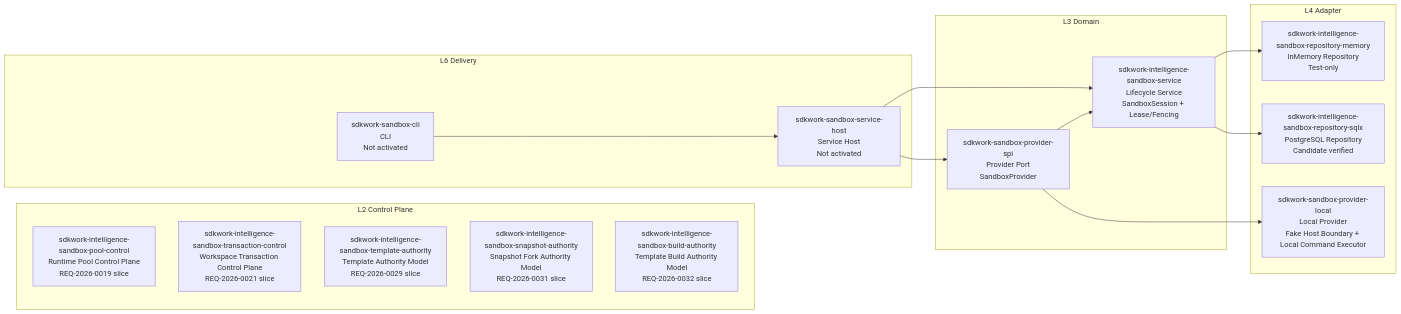
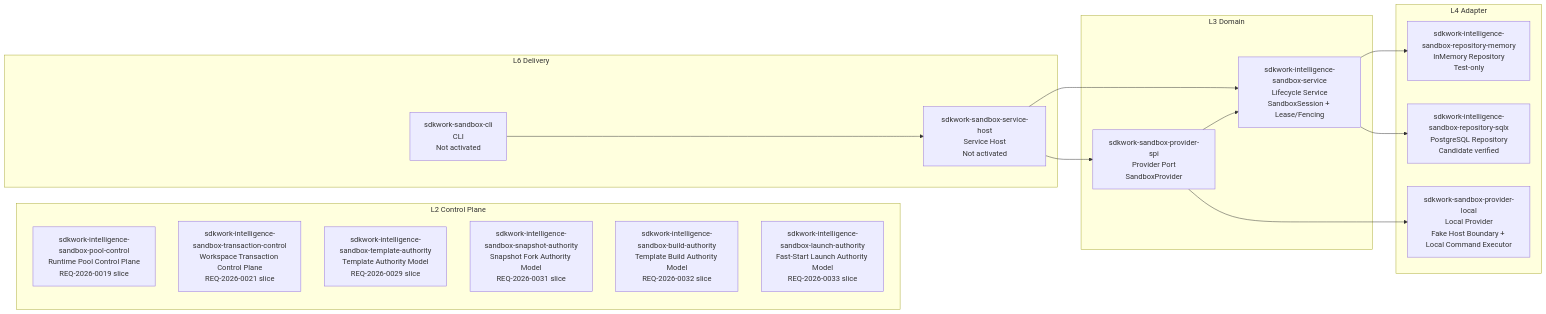
One commit to sdkwork-ai/sdkwork-sandbox changed the first of 2 diagrams in docs/architecture/views/gate-zero-current-state.md. Above: the diagram before and after it, drawn with Mermaid. The commit also changed other lines of this file and 27 other files, not shown here.

````diff
--- a/docs/architecture/views/gate-zero-current-state.md
+++ b/docs/architecture/views/gate-zero-current-state.md
@@ -15,34 +15,35 @@
 ```mermaid
 flowchart LR
     subgraph L2 Control Plane
         POOLCTL[sdkwork-intelligence-sandbox-pool-control<br/>Runtime Pool Control Plane<br/>REQ-2026-0019 slice]
         TXCTL[sdkwork-intelligence-sandbox-transaction-control<br/>Workspace Transaction Control Plane<br/>REQ-2026-0021 slice]
         TEMPL[sdkwork-intelligence-sandbox-template-authority<br/>Template Authority Model<br/>REQ-2026-0029 slice]
         SNAPAUTH[sdkwork-intelligence-sandbox-snapshot-authority<br/>Snapshot Fork Authority Model<br/>REQ-2026-0031 slice]
         BUILDAUTH[sdkwork-intelligence-sandbox-build-authority<br/>Template Build Authority Model<br/>REQ-2026-0032 slice]
+        LAUNCHAUTH[sdkwork-intelligence-sandbox-launch-authority<br/>Fast-Start Launch Authority Model<br/>REQ-2026-0033 slice]
     end
 
     subgraph L3 Domain
         SPI[sdkwork-sandbox-provider-spi<br/>Provider Port<br/>SandboxProvider]
         SVC[sdkwork-intelligence-sandbox-service<br/>Lifecycle Service<br/>SandboxSession + Lease/Fencing]
     end
 
     subgraph L4 Adapter
         MEM[sdkwork-intelligence-sandbox-repository-memory<br/>InMemory Repository<br/>Test-only]
         SQL[sdkwork-intelligence-sandbox-repository-sqlx<br/>PostgreSQL Repository<br/>Candidate verified]
         LOCAL[sdkwork-sandbox-provider-local<br/>Local Provider<br/>Fake Host Boundary + Local Command Executor]
     end
 
     subgraph L6 Delivery
         HOST[sdkwork-sandbox-service-host<br/>Service Host<br/>Not activated]
         CLI[sdkwork-sandbox-cli<br/>CLI<br/>Not activated]
     end
 
     SPI --> SVC
     SVC --> MEM
     SVC --> SQL
     SPI --> LOCAL
     HOST --> SVC
     HOST --> SPI
     CLI --> HOST
 ```
````
